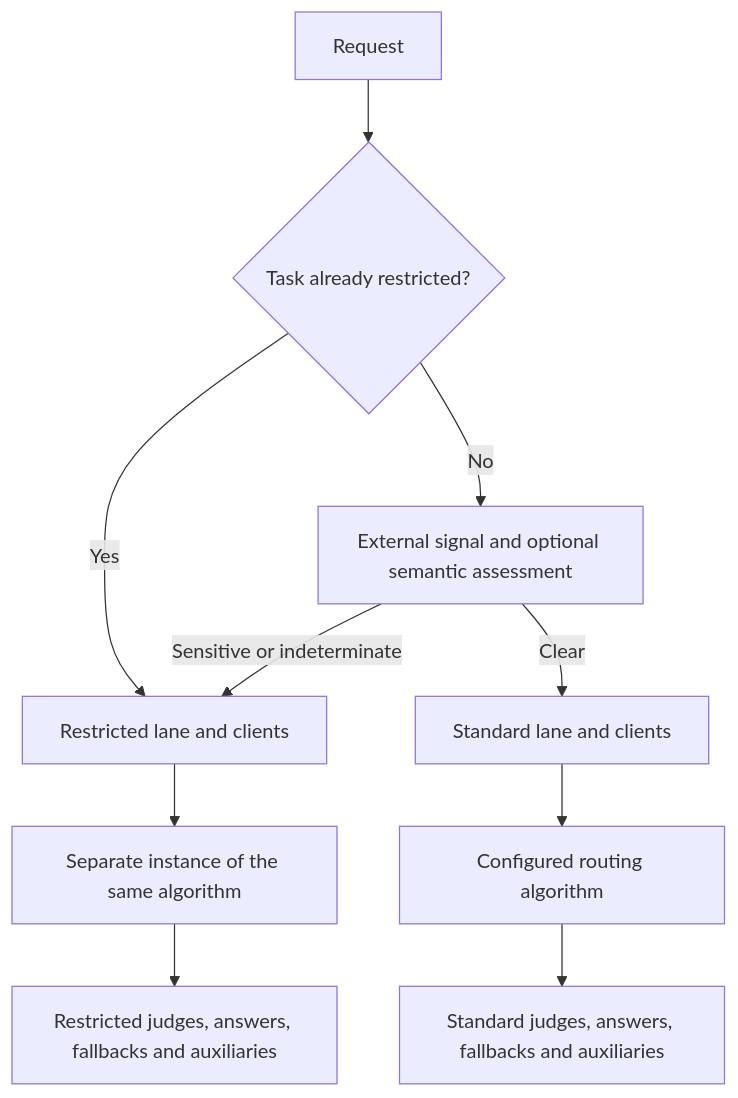
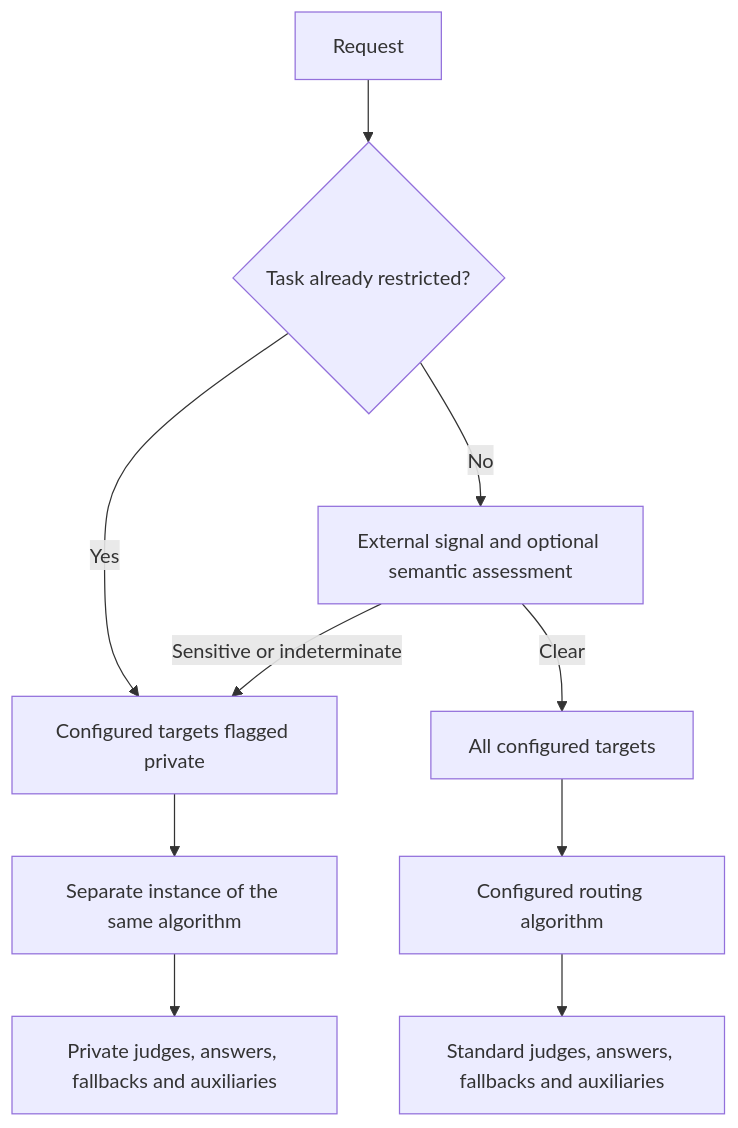
The diagram in docs/internal/privacy-routing-spike.md (afourniernv/Switchyard), drawn with Mermaid before and after one commit. The commit also changed other lines of this file and 3 other files, not shown here.

Commit message:
feat(privacy): flag targets for restricted execution

````diff
--- a/docs/internal/privacy-routing-spike.md
+++ b/docs/internal/privacy-routing-spike.md
@@ -23,12 +54,12 @@
 ```mermaid
 flowchart TD
     R[Request] --> T{Task already restricted?}
-    T -->|Yes| P[Restricted lane and clients]
+    T -->|Yes| P[Configured targets flagged private]
     T -->|No| C[External signal and optional semantic assessment]
-    C -->|Clear| S[Standard lane and clients]
+    C -->|Clear| S[All configured targets]
     C -->|Sensitive or indeterminate| P
     S --> A[Configured routing algorithm]
     P --> B[Separate instance of the same algorithm]
     A --> SM[Standard judges, answers, fallbacks and auxiliaries]
-    B --> PM[Restricted judges, answers, fallbacks and auxiliaries]
+    B --> PM[Private judges, answers, fallbacks and auxiliaries]
 ```
````
